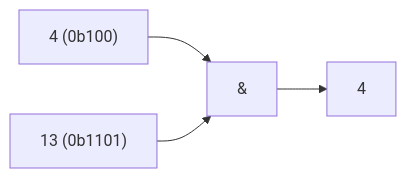
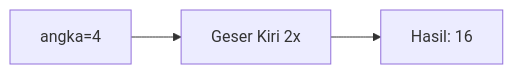
The fourth of 25 diagrams in part-c-pemahaman-cpp/06-bitwise/latihan/set-04.md (amnahwaida/OSNK_INF_PREP), drawn with Mermaid before and after one commit. The commit also changed other lines of this file and 71 other files, not shown here.

````diff
--- a/part-c-pemahaman-cpp/06-bitwise/latihan/set-04.md
+++ b/part-c-pemahaman-cpp/06-bitwise/latihan/set-04.md
@@ -101,6 +104,5 @@
 ```mermaid
 graph LR
-A["4 (0b100)"] --> C["&"]
-B["13 (0b1101)"] --> C
-C --> D["4"]
+A["angka=4"] --> B["Geser Kiri 2x"]
+B --> C["Hasil: 16"]
 ```
````
